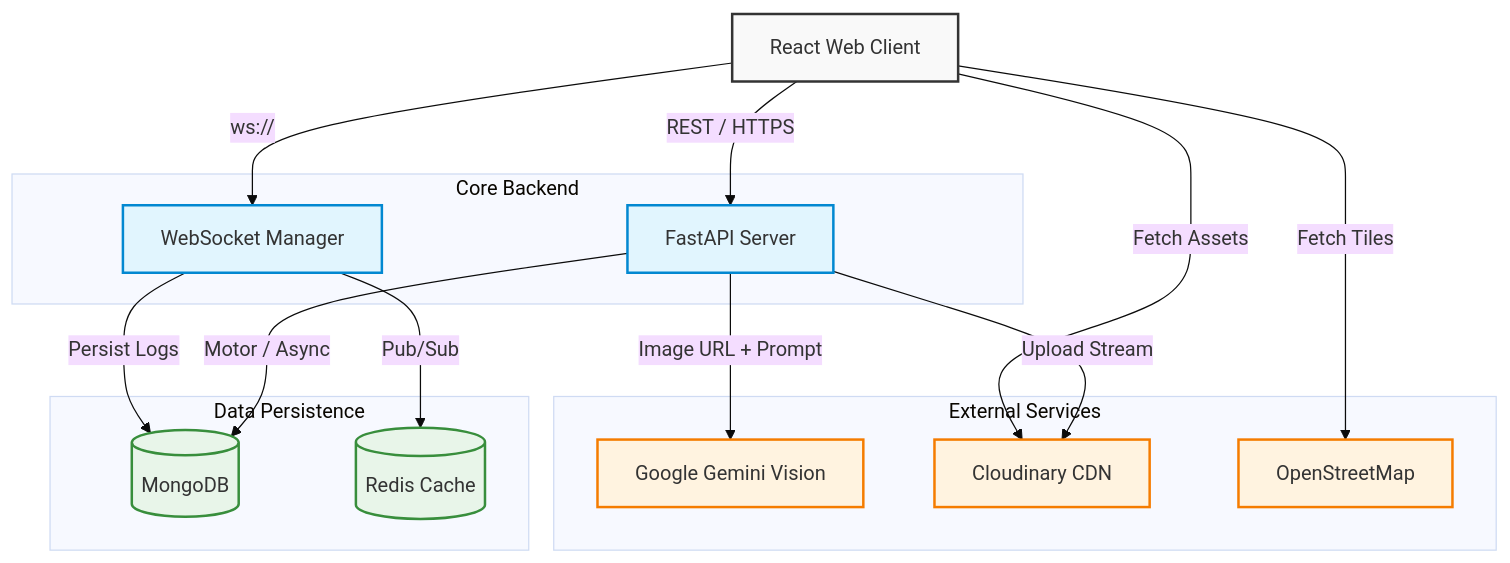
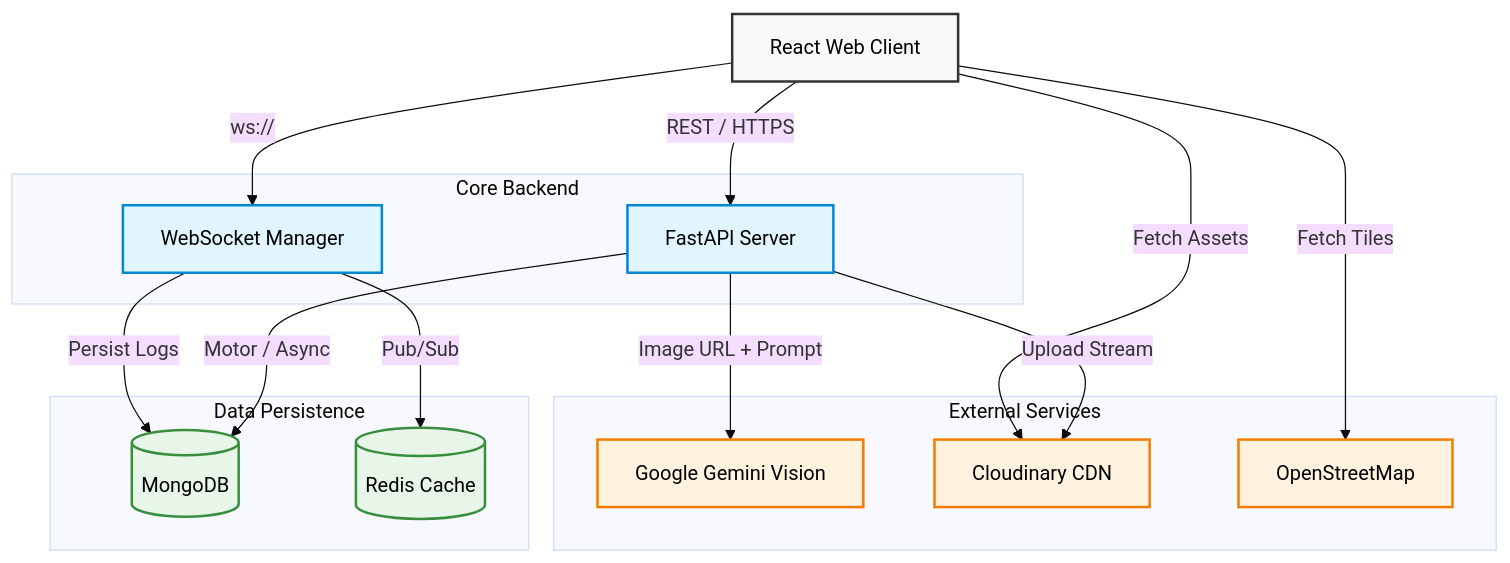
One commit to Myself-Praveen/Retriver changed the first of 3 diagrams in README.md. Above: the diagram before and after it, drawn with Mermaid (base theme).

Commit message:
fix: enforce black text for colored mermaid nodes in dark mode

````diff
--- a/README.md
+++ b/README.md
@@ -32,38 +32,38 @@
 ```mermaid
 graph TD
-    classDef client fill:#f9f9f9,stroke:#333,stroke-width:2px;
-    classDef backend fill:#e1f5fe,stroke:#0288d1,stroke-width:2px;
-    classDef database fill:#e8f5e9,stroke:#388e3c,stroke-width:2px;
-    classDef external fill:#fff3e0,stroke:#f57c00,stroke-width:2px;
+    classDef client fill:#f9f9f9,stroke:#333,stroke-width:2px,color:#000;
+    classDef backend fill:#e1f5fe,stroke:#0288d1,stroke-width:2px,color:#000;
+    classDef database fill:#e8f5e9,stroke:#388e3c,stroke-width:2px,color:#000;
+    classDef external fill:#fff3e0,stroke:#f57c00,stroke-width:2px,color:#000;
 
     Client[React Web Client]:::client
     
     subgraph Core Backend
         API[FastAPI Server]:::backend
         WS[WebSocket Manager]:::backend
     end
     
     subgraph Data Persistence
         DB[(MongoDB)]:::database
         Cache[(Redis Cache)]:::database
     end
     
     subgraph External Services
         Gemini[Google Gemini Vision]:::external
         CDN[Cloudinary CDN]:::external
         OSM[OpenStreetMap]:::external
     end
 
     Client -- REST / HTTPS --> API
     Client -- ws:// --> WS
     Client -- Fetch Tiles --> OSM
     
     API -- Motor / Async --> DB
     WS -- Pub/Sub --> Cache
     WS -- Persist Logs --> DB
     
     API -- Upload Stream --> CDN
     API -- Image URL + Prompt --> Gemini
     
     Client -- Fetch Assets --> CDN
 ```
````
